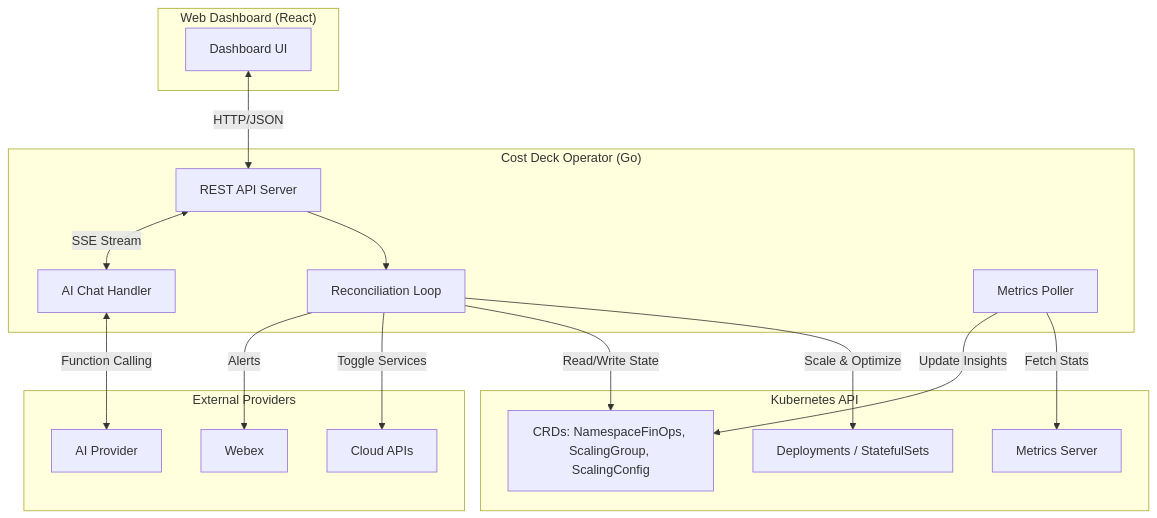
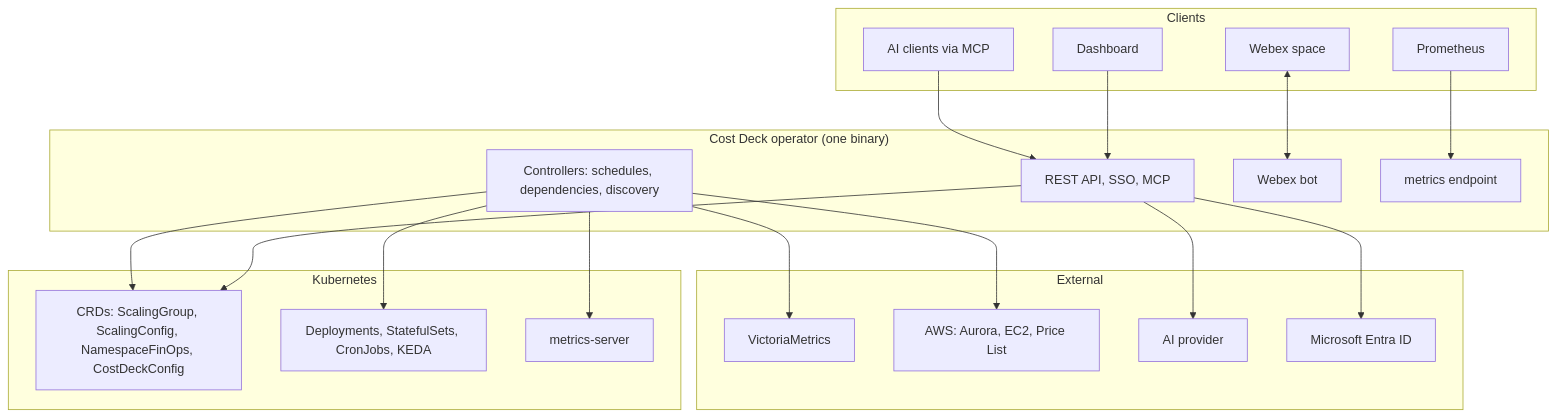
Before and after one commit to migalsp/costdeck: the diagram in README.md, drawn with Mermaid. The commit also changed other lines of this file and 1 other file, not shown here.

Commit message:
docs: rewrite the README and installation guide for the current feature set
The guide documented Helm values that do not exist, the wrong Service and
container names, four of the five CRDs and Kubernetes 1.22. It recommended
an OAuth2 proxy instead of the built-in SSO, and described one-click
optimization.

It now covers:
- signed installs from the OCI chart or install.yaml, and the admin login
- roles and Entra ID setup, including why /auth/callback must be a Web
  redirect URI, plus API tokens
- VictoriaMetrics, cost rates, and the AWS IAM policy for Aurora, EC2 and
  pricing
- Webex polling versus webhook and the bot commands, the AI assistant
  and MCP
- what scaling does to workloads, CronJobs, KEDA and HPAs, and
  right-sizing advice
- Prometheus metrics, every chart value, and upgrade notes from 1.3
- uninstalling, which keeps the CRDs

````diff
--- a/README.md
+++ b/README.md
@@ -48,38 +66,42 @@
 ```mermaid
 graph TD
-    subgraph UI["Web Dashboard (React)"]
-        A[Dashboard UI]
+    subgraph Clients
+        UI[Dashboard]
+        AI[AI clients via MCP]
+        WX[Webex space]
+        PR[Prometheus]
     end
 
-    subgraph Operator["Cost Deck Operator (Go)"]
-        B[REST API Server]
-        C[Reconciliation Loop]
-        D[AI Chat Handler]
-        E[Metrics Poller]
+    subgraph Operator["Cost Deck operator (one binary)"]
+        API[REST API, SSO, MCP]
+        CTRL[Controllers: schedules, dependencies, discovery]
+        BOT[Webex bot]
+        MET[metrics endpoint]
     end
 
-    subgraph K8s["Kubernetes API"]
-        F[Metrics Server]
-        G[Deployments / StatefulSets]
-        H[CRDs: NamespaceFinOps, ScalingGroup, ScalingConfig]
+    subgraph Cluster["Kubernetes"]
+        CRD[CRDs: ScalingGroup, ScalingConfig, NamespaceFinOps, CostDeckConfig]
+        WL[Deployments, StatefulSets, CronJobs, KEDA]
+        MS[metrics-server]
     end
 
-    subgraph Cloud["External Providers"]
-        I[AI Provider]
-        J[Cloud APIs]
-        K[Webex]
+    subgraph External
+        VM[VictoriaMetrics]
+        AWS[AWS: Aurora, EC2, Price List]
+        LLM[AI provider]
+        ENTRA[Microsoft Entra ID]
     end
 
-    A <-->|HTTP/JSON| B
-    B --> C
-    B <-->|SSE Stream| D
-    
-    C -->|Scale & Optimize| G
-    C -->|Read/Write State| H
-    C -->|Toggle Services| J
-    C -->|Alerts| K
-    
-    D <-->|Function Calling| I
-    E -->|Fetch Stats| F
-    E -->|Update Insights| H
+    UI --> API
+    AI --> API
+    WX <--> BOT
+    PR --> MET
+    API --> CRD
+    CTRL --> CRD
+    CTRL --> WL
+    CTRL --> AWS
+    CTRL --> MS
+    CTRL --> VM
+    API --> LLM
+    API --> ENTRA
 ```
````
